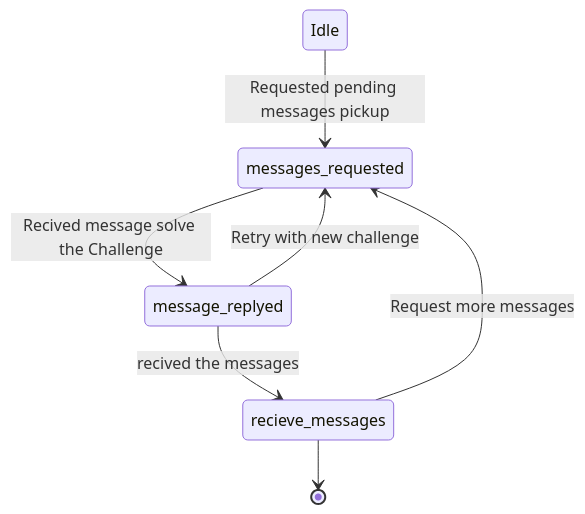
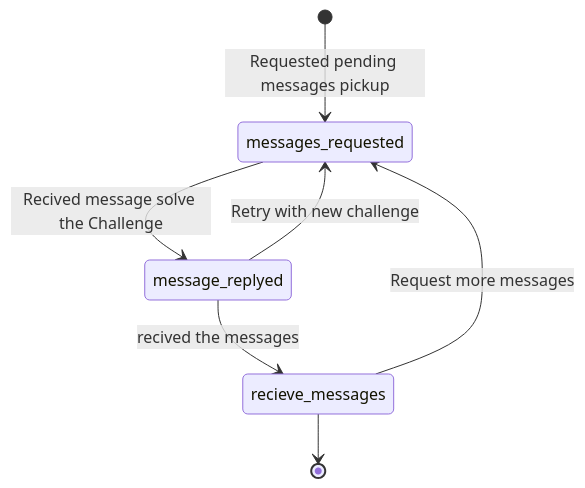
Before and after one commit to hyperledger/identus-cloud-agent: the fifth of 5 diagrams in mercury/prism-mediator/protocol-mercury-mailbox/Mercury-Mailbox-Protocol.md, drawn with Mermaid. The commit also changed other lines of this file and 2 other files, not shown here.

````diff
--- a/mercury/prism-mediator/protocol-mercury-mailbox/Mercury-Mailbox-Protocol.md
+++ b/mercury/prism-mediator/protocol-mercury-mailbox/Mercury-Mailbox-Protocol.md
@@ -47,10 +79,9 @@
 ```mermaid
 stateDiagram-v2
-state "Idle" as idle
-idle --> messages_requested                         :Requested pending messages pickup       
+[*] --> messages_requested                          :Requested pending messages pickup
 messages_requested --> message_replyed              :Recived message solve the Challenge
 message_replyed -->  recieve_messages               :recived the messages 
 message_replyed --> messages_requested              :Retry with new challenge
 recieve_messages --> messages_requested             :Request more messages 
 recieve_messages --> [*]
 ```
````
